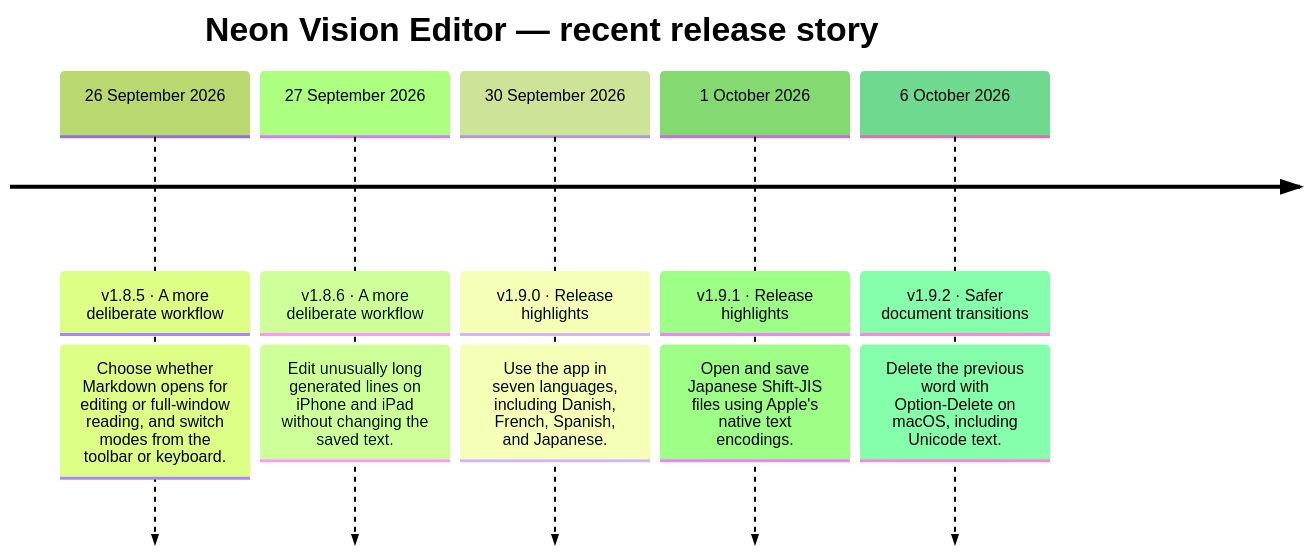
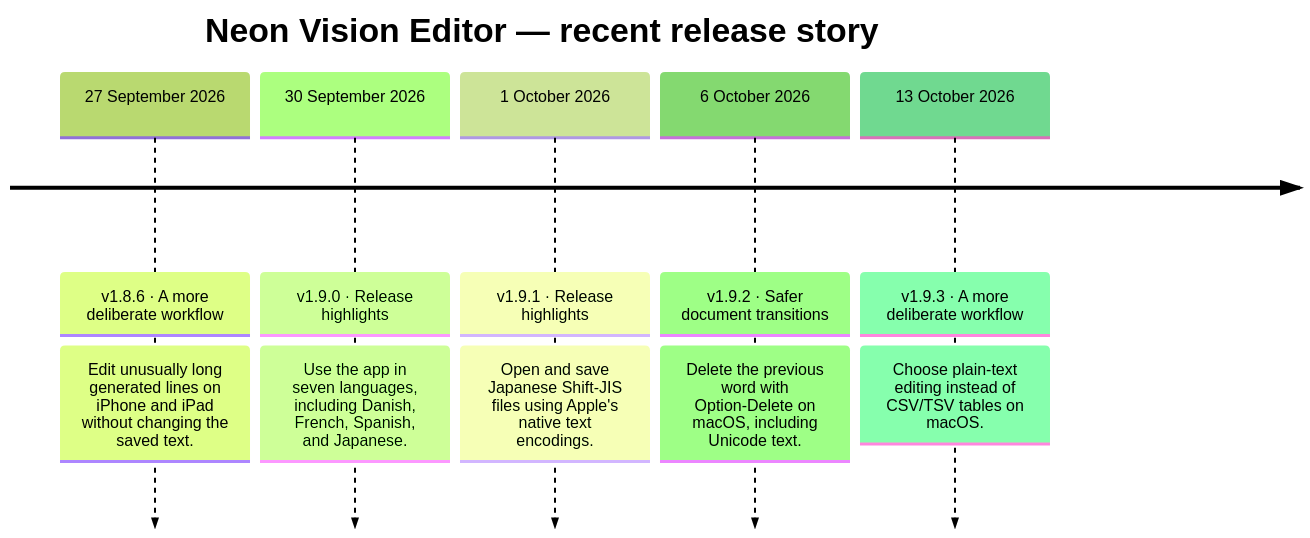
Before and after one commit to h3pdesign/Neon-Vision-Editor: the diagram in README.md, drawn with Mermaid (forest theme). The commit also changed other lines of this file and 9 other files, not shown here.

````diff
--- a/README.md
+++ b/README.md
@@ -761,14 +760,14 @@
 ```mermaid
 timeline
     title Neon Vision Editor — recent release story
-    26 September 2026 : v1.8.5 · A more deliberate workflow
-                : Choose whether Markdown opens for editing or full-window reading, and switch modes from the toolbar or keyboard.
     27 September 2026 : v1.8.6 · A more deliberate workflow
                 : Edit unusually long generated lines on iPhone and iPad without changing the saved text.
     30 September 2026 : v1.9.0 · Release highlights
                 : Use the app in seven languages, including Danish, French, Spanish, and Japanese.
     1 October 2026 : v1.9.1 · Release highlights
                 : Open and save Japanese Shift-JIS files using Apple's native text encodings.
     6 October 2026 : v1.9.2 · Safer document transitions
                 : Delete the previous word with Option-Delete on macOS, including Unicode text.
+    13 October 2026 : v1.9.3 · A more deliberate workflow
+                : Choose plain-text editing instead of CSV/TSV tables on macOS.
 ```
````
